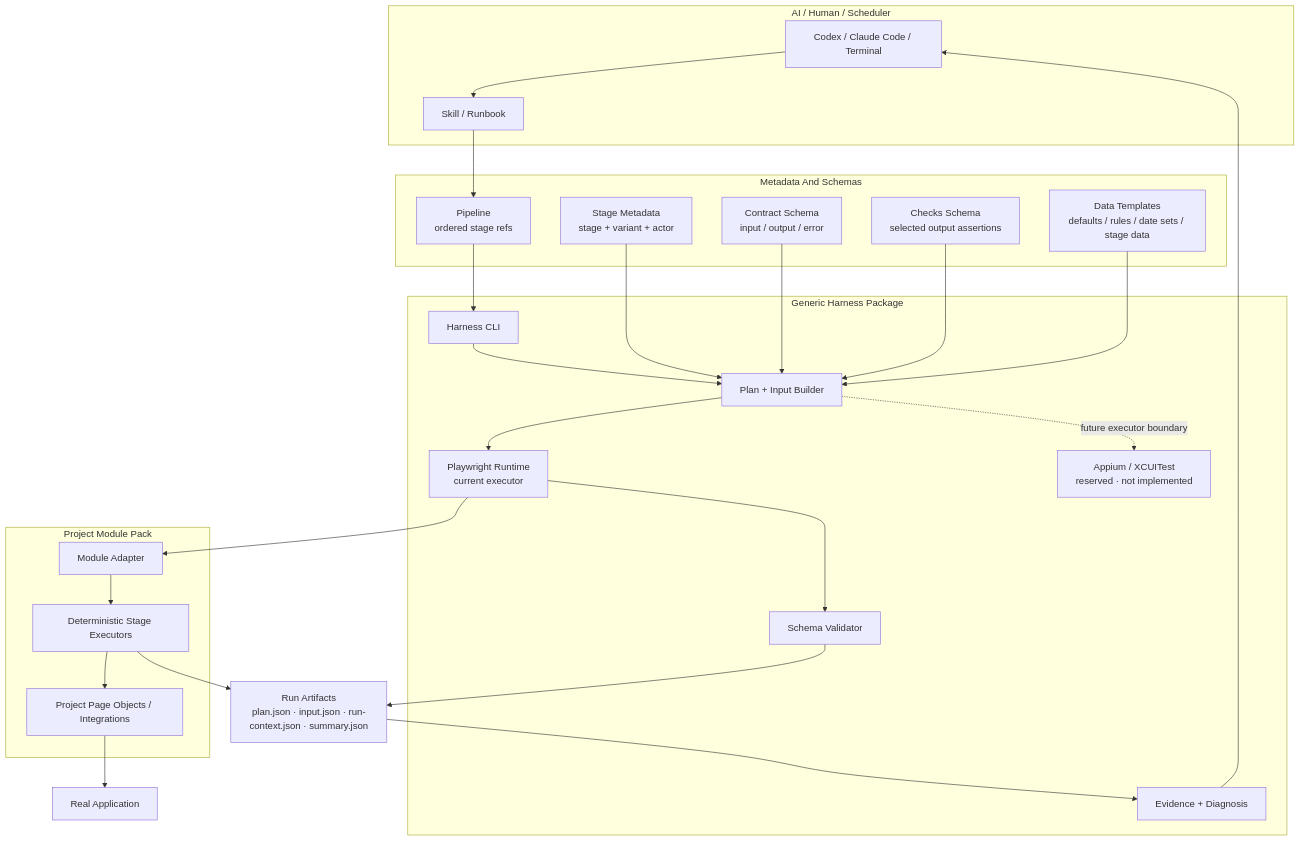
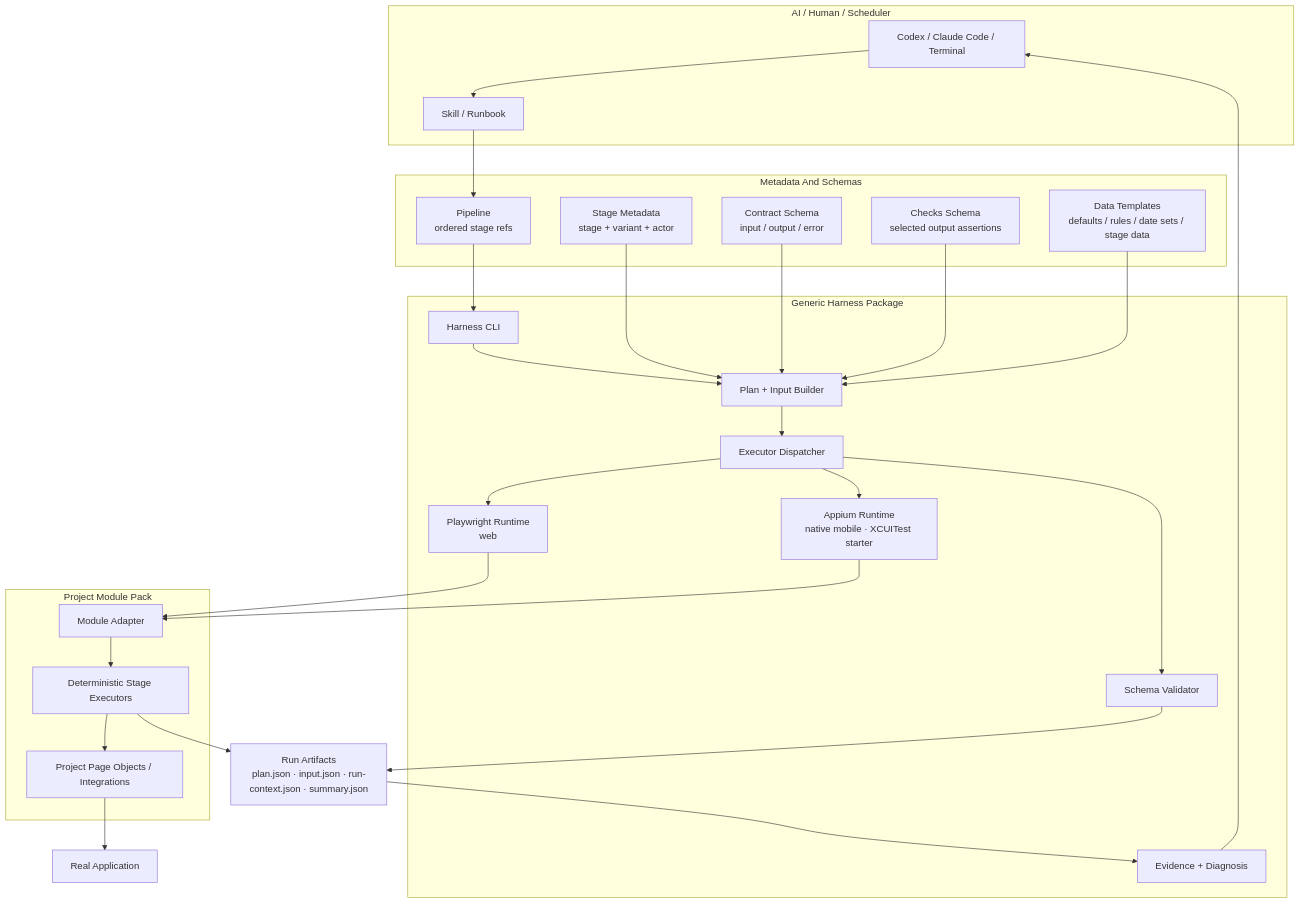
The first of 2 diagrams in docs/regressionwright-architecture.md (vurtnec/regressionwright), drawn with Mermaid before and after one commit. The commit also changed other lines of this file and 40 other files, not shown here.

Commit message:
Add Appium iOS executor support

````diff
--- a/docs/regressionwright-architecture.md
+++ b/docs/regressionwright-architecture.md
@@ -16,53 +16,56 @@
 ```mermaid
 flowchart TB
   subgraph AI["AI / Human / Scheduler"]
     Operator["Codex / Claude Code / Terminal"]
     Skill["Skill / Runbook"]
   end
 
   subgraph Boundary["Metadata And Schemas"]
     Pipeline["Pipeline<br/>ordered stage refs"]
     StageMeta["Stage Metadata<br/>stage + variant + actor"]
     Contract["Contract Schema<br/>input / output / error"]
     Checks["Checks Schema<br/>selected output assertions"]
     DataRules["Data Templates<br/>defaults / rules / date sets / stage data"]
   end
 
   subgraph Harness["Generic Harness Package"]
     CLI["Harness CLI"]
     Planner["Plan + Input Builder"]
-    Runner["Playwright Runtime<br/>current executor"]
-    FutureExecutors["Appium / XCUITest<br/>reserved · not implemented"]
+    Runner["Executor Dispatcher"]
+    Playwright["Playwright Runtime<br/>web"]
+    Appium["Appium Runtime<br/>native mobile · XCUITest starter"]
     Validator["Schema Validator"]
     Evidence["Evidence + Diagnosis"]
   end
 
   subgraph Project["Project Module Pack"]
     Adapter["Module Adapter"]
     StageCode["Deterministic Stage Executors"]
     PageObjects["Project Page Objects / Integrations"]
   end
 
   App["Real Application"]
   Artifacts["Run Artifacts<br/>plan.json · input.json · run-context.json · summary.json"]
 
   Operator --> Skill
   Skill --> Pipeline
   Pipeline --> CLI
   StageMeta --> Planner
   Contract --> Planner
   Checks --> Planner
   DataRules --> Planner
   CLI --> Planner
   Planner --> Runner
-  Planner -. future executor boundary .-> FutureExecutors
-  Runner --> Adapter
+  Runner --> Playwright
+  Runner --> Appium
+  Playwright --> Adapter
+  Appium --> Adapter
   Adapter --> StageCode
   StageCode --> PageObjects
   PageObjects --> App
   StageCode --> Artifacts
   Validator --> Artifacts
   Runner --> Validator
   Artifacts --> Evidence
   Evidence --> Operator
 ```
````
